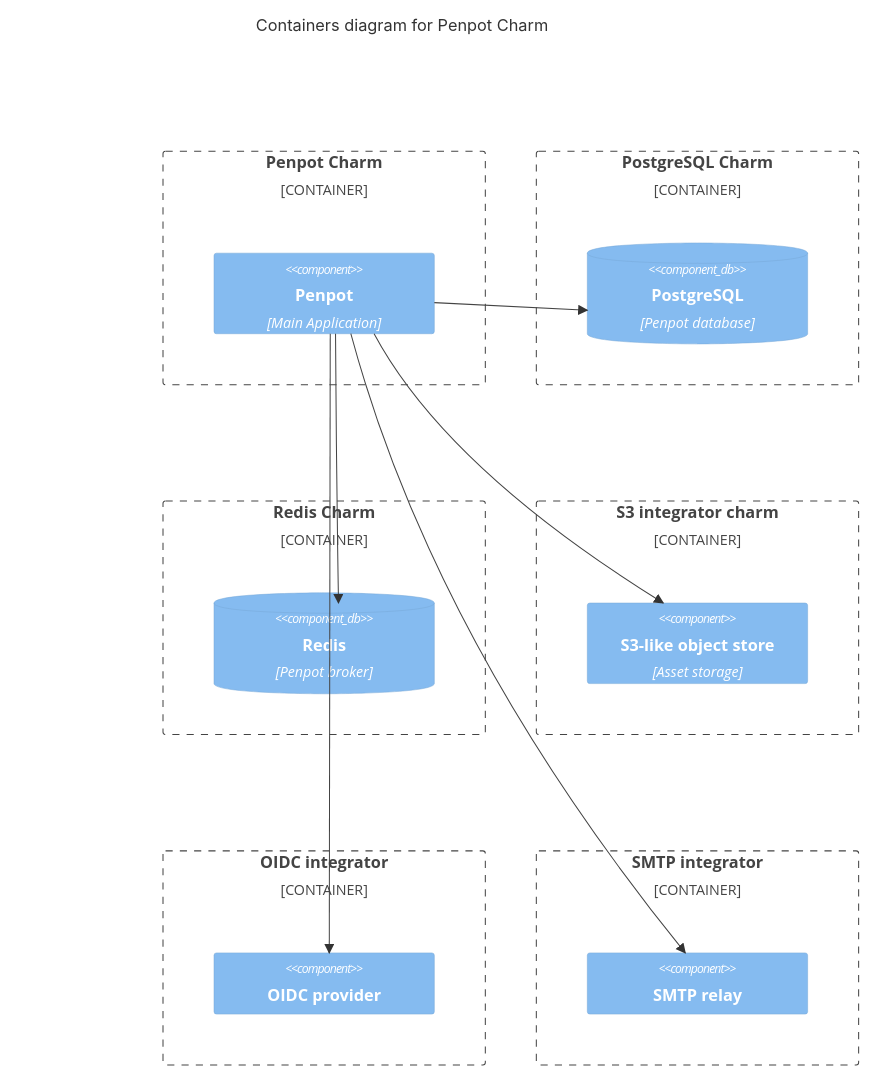
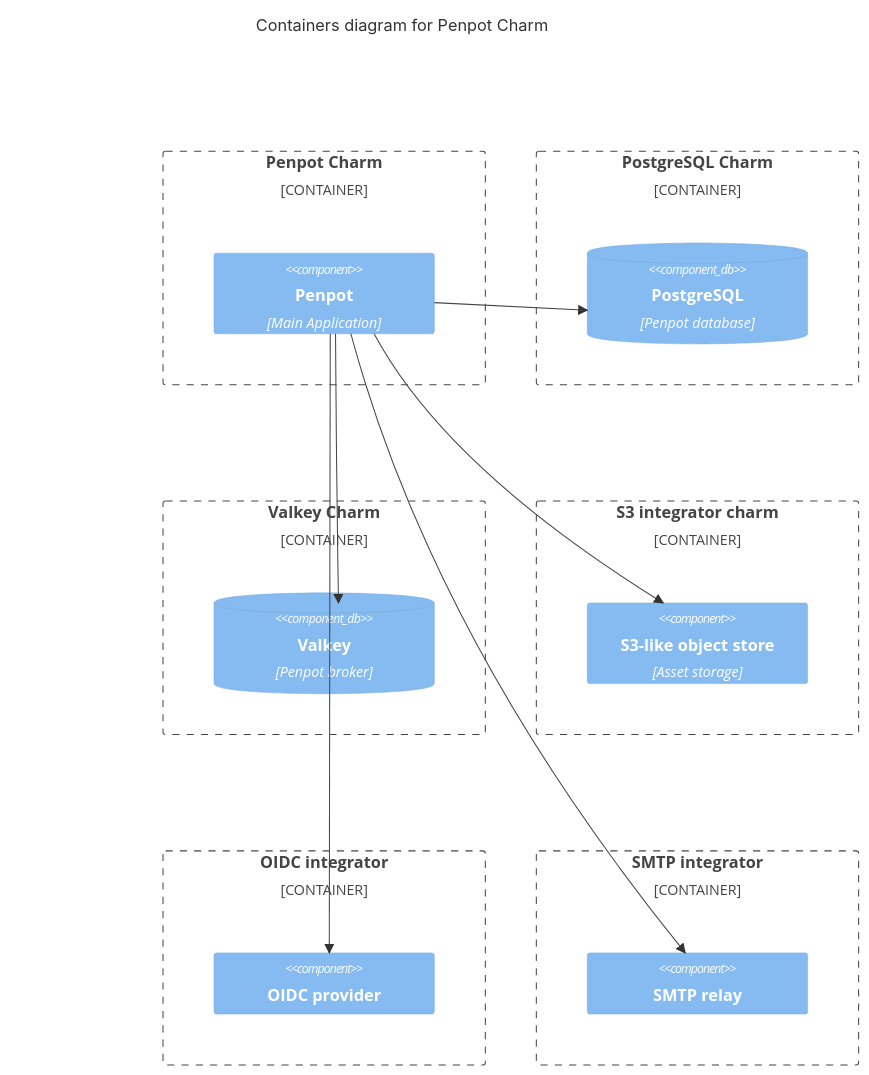
The first of 2 diagrams in docs/reference/charm-architecture.md (canonical/penpot-operator), drawn with Mermaid before and after one commit. The commit also changed other lines of this file and 4 other files, not shown here.

````diff
--- a/docs/reference/charm-architecture.md
+++ b/docs/reference/charm-architecture.md
@@ -12,36 +12,36 @@
 ```mermaid
 C4Context
 title Containers diagram for Penpot Charm
 
 Container_Boundary(penpot, "Penpot Charm") {
   Component(penpot, "Penpot", "Main Application", "")
 }
 
 Container_Boundary(postgresql, "PostgreSQL Charm") {
     ComponentDb(penpot-database, "PostgreSQL", "Penpot database", "")
 }
 
-Container_Boundary(redis, "Redis Charm") {
-    ComponentDb(penpot-broker, "Redis", "Penpot broker","")
+Container_Boundary(valkey, "Valkey Charm") {
+    ComponentDb(penpot-broker, "Valkey", "Penpot broker","")
 }
 
 Container_Boundary(s3, "S3 integrator charm") {
     Component(s3-integrator, "S3-like object store", "Asset storage")
 }
 
 Container_Boundary(oidc, "OIDC integrator") {
     Component(oidc, "OIDC provider", "","")
 }
 
 
 Container_Boundary(smtp, "SMTP integrator") {
     Component(smtp, "SMTP relay", "","")
 }
 
 Rel(penpot, penpot-database, "")
 Rel(penpot, penpot-broker, "")
 Rel(penpot, s3-integrator, "")
 Rel_D(penpot, oidc, "")
 Rel_D(penpot, smtp, "")
 
 ```
````
